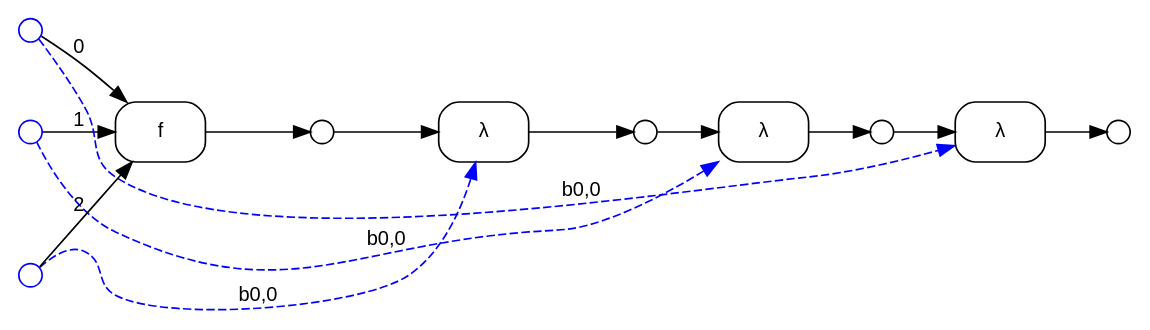
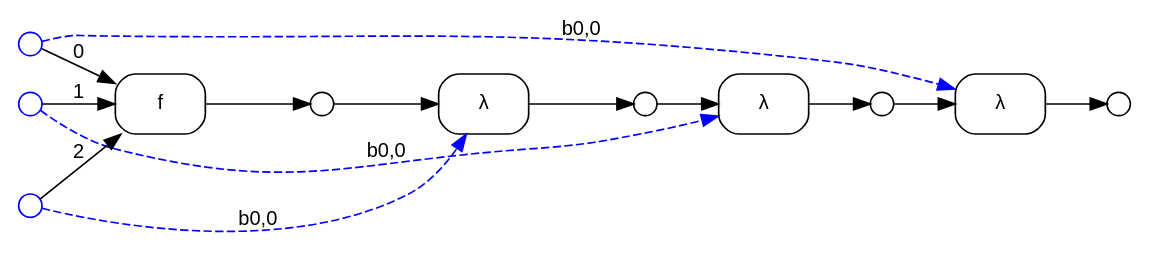
The diagram in safety_safe_triple_nested_lambda.dot (ammatsui/bhypvis), drawn with Graphviz before and after one commit. The commit also changed other lines of this file and 939 other files, not shown here.

```diff
--- a/safety_safe_triple_nested_lambda.dot
+++ b/safety_safe_triple_nested_lambda.dot
@@ -1,39 +1,39 @@
 digraph G {
   fontname="Helvetica"
   fontsize=12
   rankdir=LR;
   node [fontname="Helvetica", fontsize=12];
   edge [fontname="Helvetica", fontsize=12];
 
   // Nodes
   n3 [label="", shape=circle, style=filled, fillcolor=white, color="black", width=0.2, height=0.2, fixedsize=true];
+  n4 [label="", shape=circle, style=filled, fillcolor=white, color="black", width=0.2, height=0.2, fixedsize=true];
+  n5 [label="", shape=circle, style=filled, fillcolor=white, color="black", width=0.2, height=0.2, fixedsize=true];
   n6 [label="", shape=circle, style=filled, fillcolor=white, color="black", width=0.2, height=0.2, fixedsize=true];
   n1 [label="", shape=circle, style=filled, fillcolor=white, color="blue", width=0.2, height=0.2, fixedsize=true];
-  n4 [label="", shape=circle, style=filled, fillcolor=white, color="black", width=0.2, height=0.2, fixedsize=true];
-  n5 [label="", shape=circle, style=filled, fillcolor=white, color="black", width=0.2, height=0.2, fixedsize=true];
+  n2 [label="", shape=circle, style=filled, fillcolor=white, color="blue", width=0.2, height=0.2, fixedsize=true];
   n0 [label="", shape=circle, style=filled, fillcolor=white, color="blue", width=0.2, height=0.2, fixedsize=true];
-  n2 [label="", shape=circle, style=filled, fillcolor=white, color="blue", width=0.2, height=0.2, fixedsize=true];
 
   // Hyperedges
+  e3 [label="λ", shape=box, style=rounded, color="black"];
+  e0 [label="f", shape=box, style=rounded, color="black"];
+  e2 [label="λ", shape=box, style=rounded, color="black"];
   e1 [label="λ", shape=box, style=rounded, color="black"];
-  e0 [label="f", shape=box, style=rounded, color="black"];
-  e3 [label="λ", shape=box, style=rounded, color="black"];
-  e2 [label="λ", shape=box, style=rounded, color="black"];
 
   // Source connections
-  n3 -> e1 [label=""];
-  n2 -> e1 [style=dashed, color="blue", constraint=false, label="b0,0"];
+  n5 -> e3 [label=""];
+  n0 -> e3 [style=dashed, color="blue", constraint=false, label="b0,0"];
   n0 -> e0 [label="0"];
   n1 -> e0 [label="1"];
   n2 -> e0 [label="2"];
-  n5 -> e3 [label=""];
-  n0 -> e3 [style=dashed, color="blue", constraint=false, label="b0,0"];
   n4 -> e2 [label=""];
   n1 -> e2 [style=dashed, color="blue", constraint=false, label="b0,0"];
+  n3 -> e1 [label=""];
+  n2 -> e1 [style=dashed, color="blue", constraint=false, label="b0,0"];
 
   // Target connections
+  e3 -> n6 [label=""];
+  e0 -> n3 [label=""];
+  e2 -> n5 [label=""];
   e1 -> n4 [label=""];
-  e0 -> n3 [label=""];
-  e3 -> n6 [label=""];
-  e2 -> n5 [label=""];
 }
```
